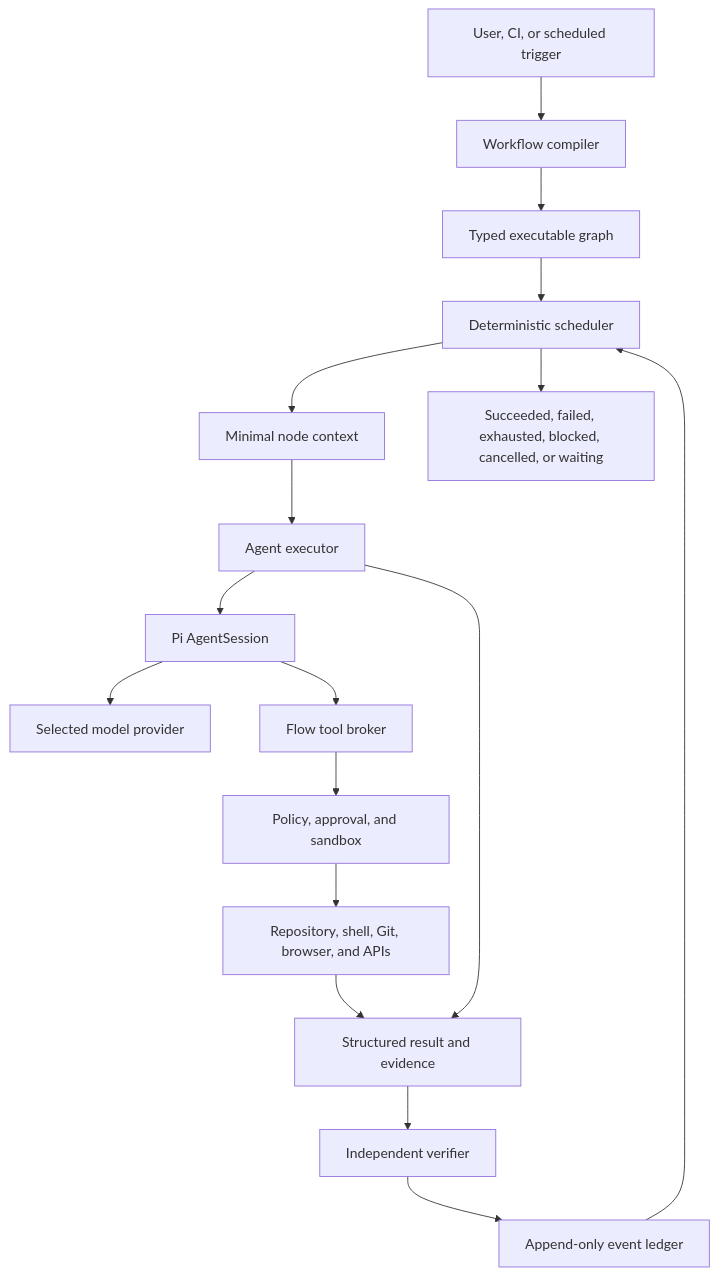
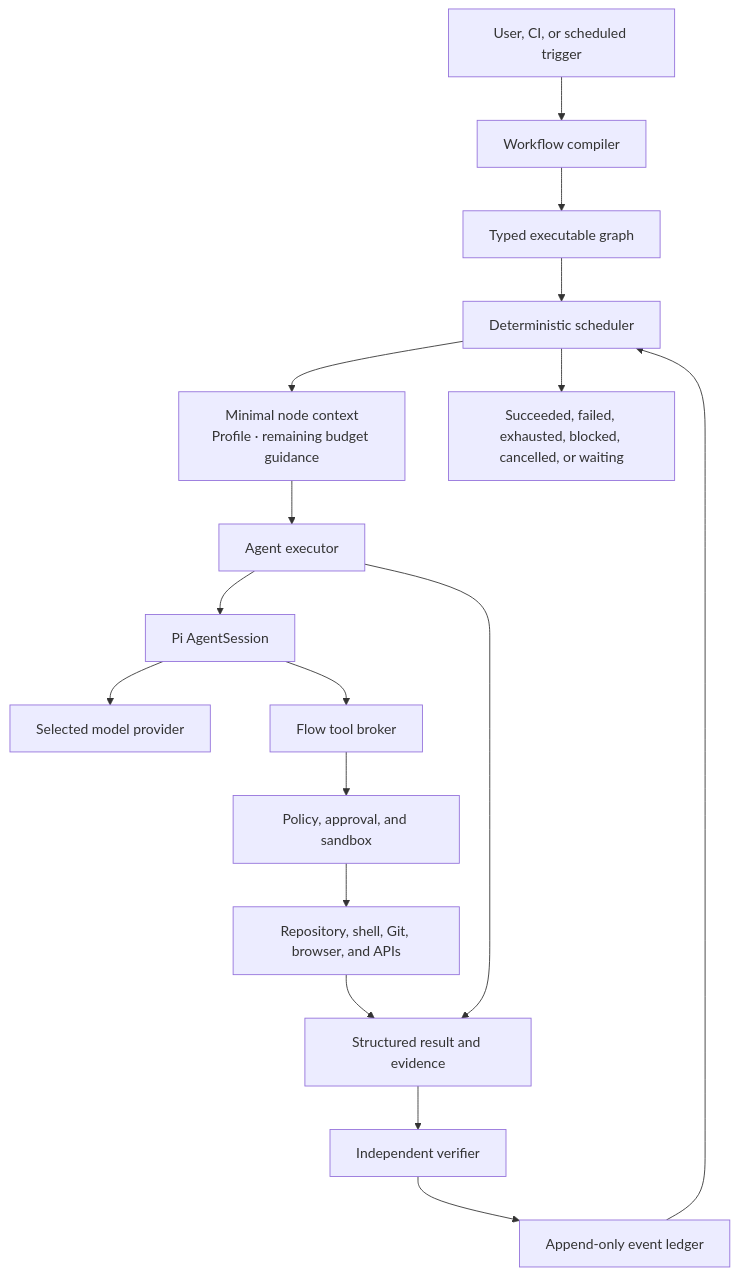
The second of 2 diagrams in docs/architecture.md (synaptiai/flow-harness), drawn with Mermaid before and after one commit. The commit also changed other lines of this file and 42 other files, not shown here.

````diff
--- a/docs/architecture.md
+++ b/docs/architecture.md
@@ -310,19 +316,19 @@
 ```mermaid
 flowchart TD
     trigger["User, CI, or scheduled trigger"] --> compiler["Workflow compiler"]
     compiler --> typedGraph["Typed executable graph"]
     typedGraph --> scheduler["Deterministic scheduler"]
-    scheduler --> context["Minimal node context"]
+    scheduler --> context["Minimal node context<br/>Profile · remaining budget guidance"]
     context --> executor["Agent executor"]
     executor --> pi["Pi AgentSession"]
     pi --> provider["Selected model provider"]
     pi --> broker["Flow tool broker"]
     broker --> policy["Policy, approval, and sandbox"]
     policy --> environment["Repository, shell, Git, browser, and APIs"]
     executor --> evidence["Structured result and evidence"]
     environment --> evidence
     evidence --> verifier["Independent verifier"]
     verifier --> ledger["Append-only event ledger"]
     ledger --> scheduler
     scheduler --> terminal["Succeeded, failed, exhausted, blocked, cancelled, or waiting"]
 ```
````
